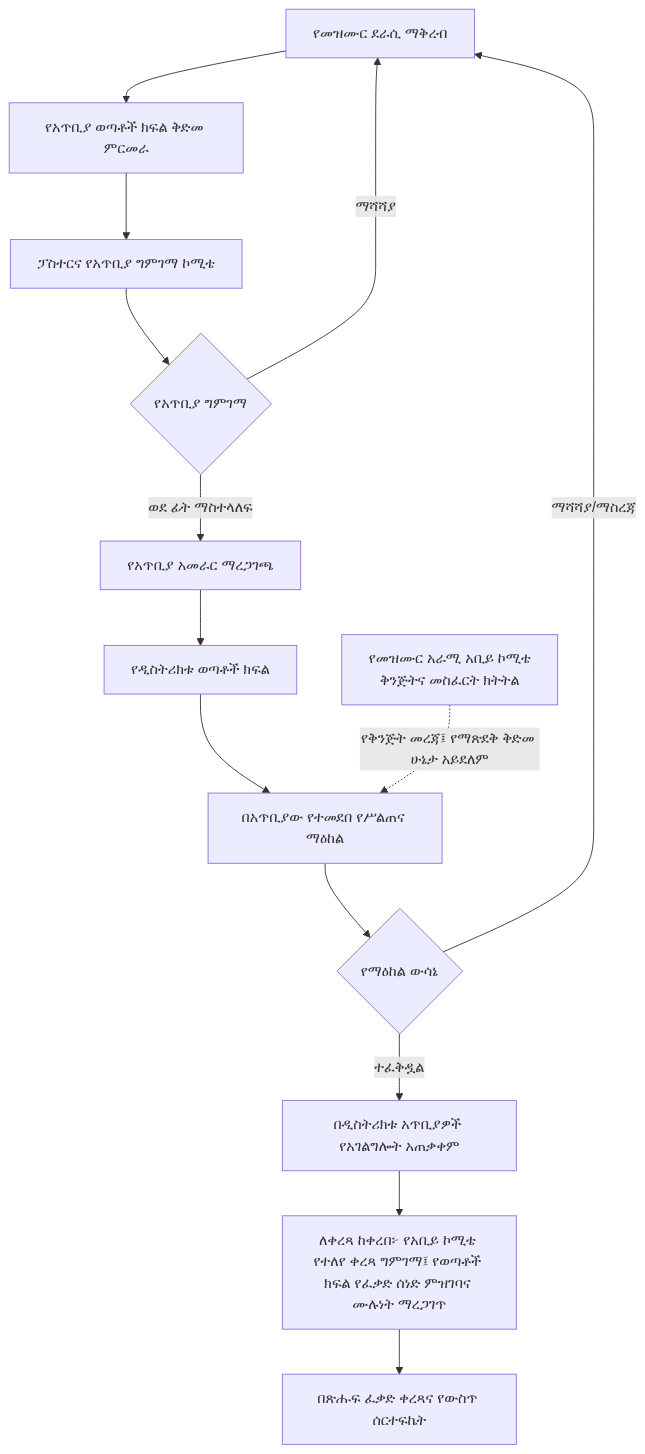
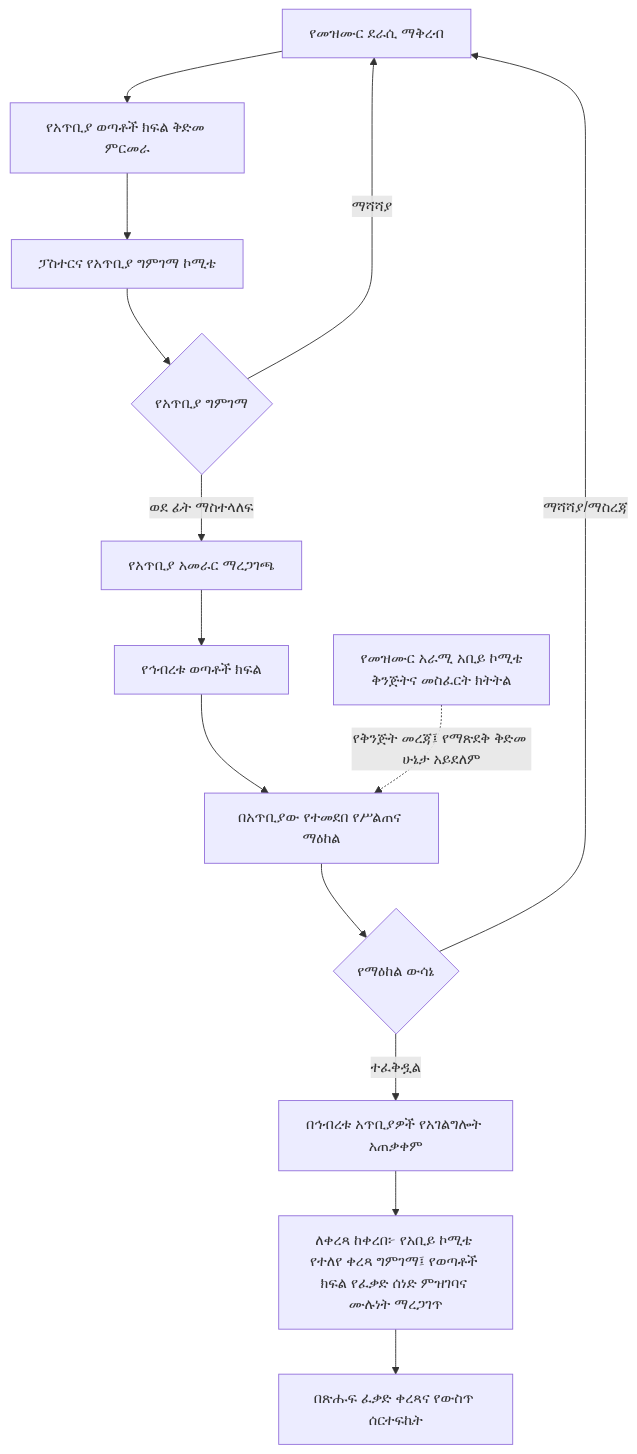
One commit to akefadaka-git/ekhc-digital-platform changed the third of 3 diagrams in docs/governance/maale-song-review-directive-am.md. Above: the diagram before and after it, drawn with Mermaid. The commit also changed other lines of this file, not shown here.

````diff
--- a/docs/governance/maale-song-review-directive-am.md
+++ b/docs/governance/maale-song-review-directive-am.md
@@ -159,17 +159,17 @@
 ```mermaid
 flowchart TD
  A[የመዝሙር ደራሲ ማቅረብ] --> B[የአጥቢያ ወጣቶች ክፍል ቅድመ ምርመራ]
  B --> C[ፓስተርና የአጥቢያ ግምገማ ኮሚቴ]
  C --> D{የአጥቢያ ግምገማ}
  D -->|ማሻሻያ| A
  D -->|ወደ ፊት ማስተላለፍ| E[የአጥቢያ አመራር ማረጋገጫ]
- E --> F[የዲስትሪክቱ ወጣቶች ክፍል]
+ E --> F[የኅብረቱ ወጣቶች ክፍል]
  F --> H[በአጥቢያው የተመደበ የሥልጠና ማዕከል]
  G[የመዝሙር አራሚ አቢይ ኮሚቴ<br/>ቅንጅትና መስፈርት ክትትል]
  G -. የቅንጅት መረጃ፤ የማጽደቅ ቅድመ ሁኔታ አይደለም .-> H
  H --> I{የማዕከል ውሳኔ}
  I -->|ማሻሻያ/ማስረጃ| A
- I -->|ተፈቅዷል| J[በዲስትሪክቱ አጥቢያዎች የአገልግሎት አጠቃቀም]
+ I -->|ተፈቅዷል| J[በኅብረቱ አጥቢያዎች የአገልግሎት አጠቃቀም]
  J --> K[ለቀረጻ ከቀረበ፦ የአቢይ ኮሚቴ የተለየ ቀረጻ ግምገማ፤ የወጣቶች ክፍል የፈቃድ ሰነድ ምዝገባና ሙሉነት ማረጋገጥ]
  K --> L[በጽሑፍ ፈቃድ ቀረጻና የውስጥ ሰርተፍኬት]
 ```
````
